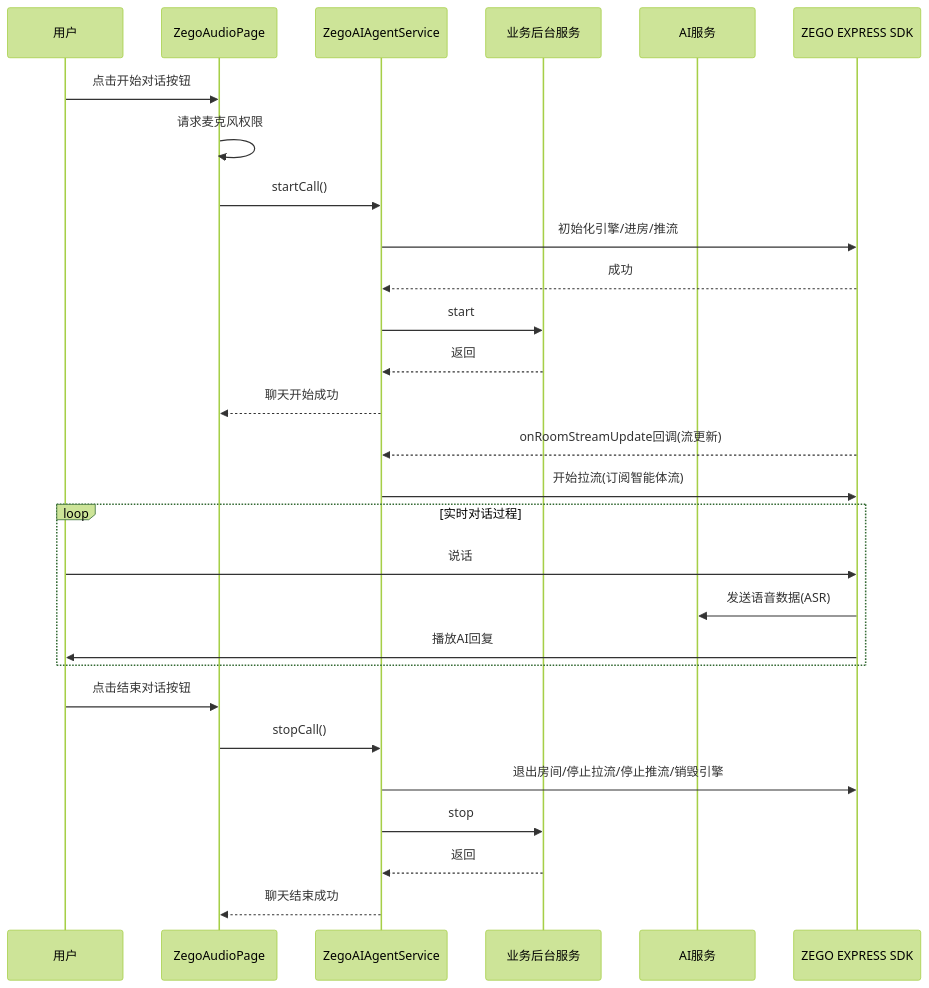
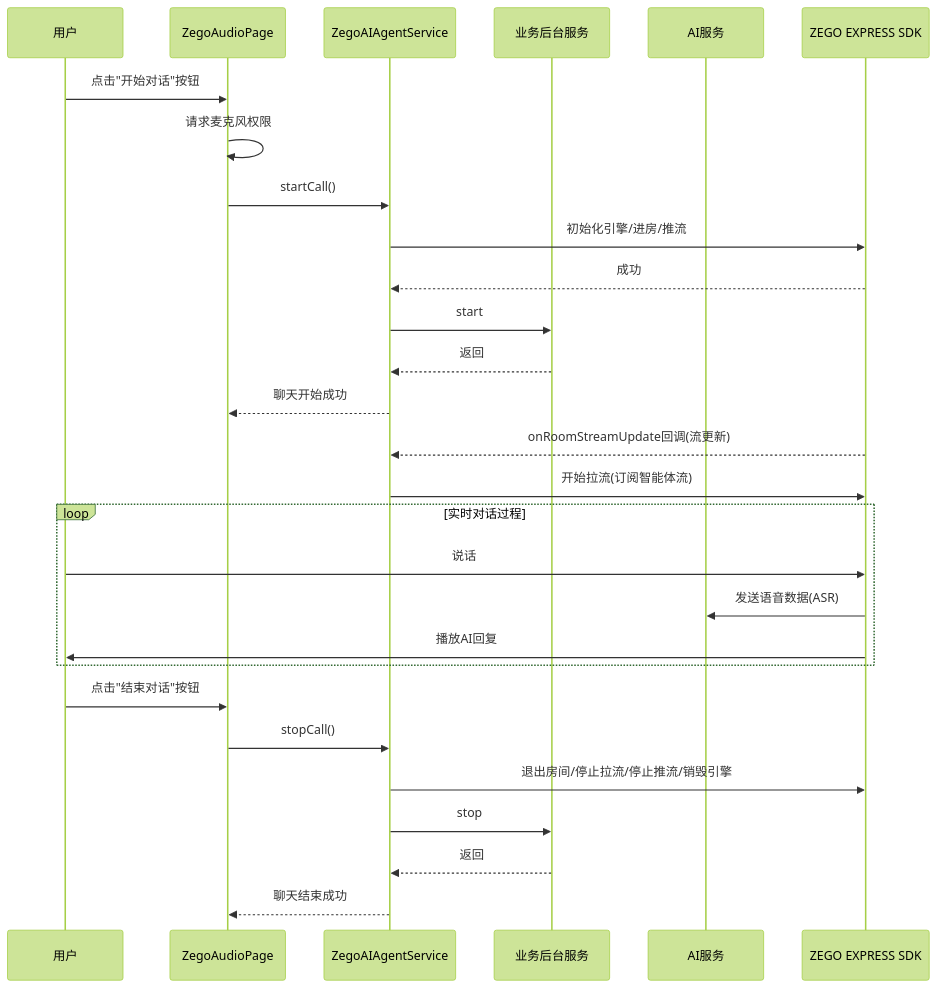
The first of 3 diagrams in flutter/README.md (ZEGOCLOUD/ai_agent_quick_start), drawn with Mermaid (forest theme) before and after one commit. The commit also changed other lines of this file and 2 other files, not shown here.

````diff
--- a/flutter/README.md
+++ b/flutter/README.md
@@ -46,33 +66,33 @@
 ```mermaid
 sequenceDiagram
     participant User as 用户
     participant AudioPage as ZegoAudioPage
     participant Service as ZegoAIAgentService
     participant BusinessServer as 业务后台服务
     participant PassServer as AI服务
     participant Express as ZEGO EXPRESS SDK
 
-    User->>AudioPage: 点击开始对话按钮
+    User->>AudioPage: 点击"开始对话"按钮
     AudioPage->>AudioPage: 请求麦克风权限
     AudioPage->>Service: startCall()
     Service->>Express: 初始化引擎/进房/推流
     Express-->>Service: 成功
     Service->>BusinessServer: start
     BusinessServer-->>Service: 返回
     Service-->>AudioPage: 聊天开始成功
     Express-->>Service: onRoomStreamUpdate回调(流更新)
     Service->>Express: 开始拉流(订阅智能体流)
   
     loop 实时对话过程
         User->>Express: 说话
         Express->>PassServer: 发送语音数据(ASR)
         Express->>User: 播放AI回复
     end
   
-    User->>AudioPage: 点击结束对话按钮
+    User->>AudioPage: 点击"结束对话"按钮
     AudioPage->>Service: stopCall()
     Service->>Express: 退出房间/停止拉流/停止推流/销毁引擎
     Service->>BusinessServer: stop
     BusinessServer-->>Service: 返回
     Service-->>AudioPage: 聊天结束成功
 ```
````
